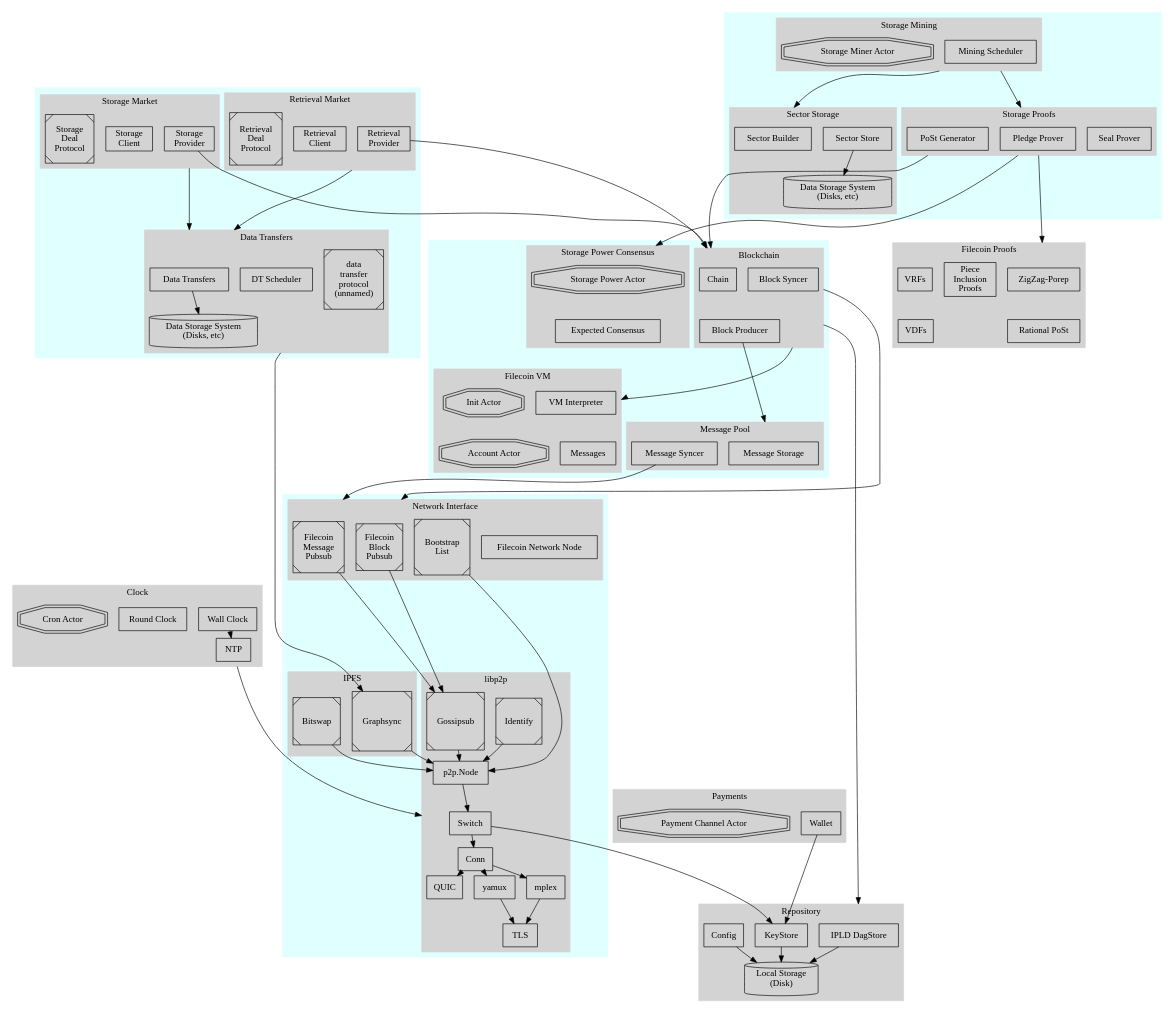
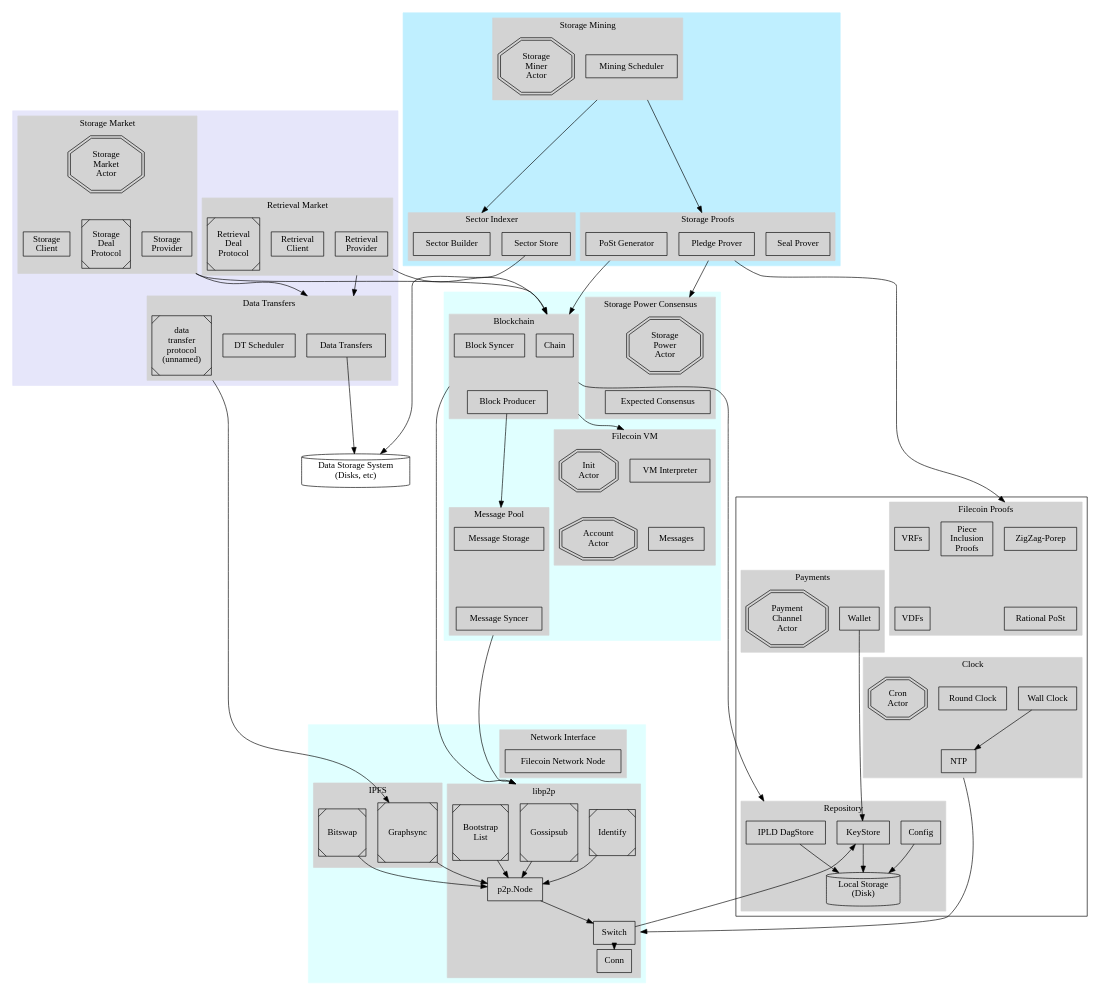
One commit to filecoin-project/specs changed the diagram in diagrams/overview1/overview.dot. Above: the diagram before and after it, drawn with Graphviz. The commit also changed 3 other files, not shown here.

Commit message:
updated diagrams

```diff
--- a/diagrams/overview1/overview.dot
+++ b/diagrams/overview1/overview.dot
@@ -1,6 +1,6 @@
 digraph Filecoin {
   compound=true;
-  ranksep=0.1;
+  ranksep=0.01;
 
 
   subgraph cluster_blockchain_subgroup {
@@ -35,8 +35,8 @@
 
       { // actors
         node [shape=doubleoctagon]
-        "Init Actor"
-        "Account Actor"
+        "Init Actor" [label="Init\nActor"]
+        "Account Actor" [label="Account\nActor"]
       }
 
       "Init Actor" -> "Account Actor" [style=invis]
@@ -53,6 +53,8 @@
         "Message Storage"
         "Message Syncer"
       }
+
+      "Message Storage" -> "Message Syncer" [style=invis]
     }
 
 
@@ -68,7 +70,7 @@
 
       { // actors
         node [shape=doubleoctagon]
-        "Storage Power Actor"
+        "Storage Power Actor" [label="Storage\nPower\nActor"]
       }
 
       "Storage Power Actor" -> "Expected Consensus" [style=invis]
@@ -76,24 +78,8 @@
   }
 
 
-  subgraph cluster_payments {
-    style=filled
-    color=lightgrey
-    label = "Payments"
-
-    { // components
-      node [shape=box]
-      "Wallet"
-    }
-
-    { // actors
-      node [shape=doubleoctagon]
-      "Payment Channel Actor"
-    }
-  }
-
   subgraph cluster_markets {
-    color=lightcyan1
+    color=lavender
     style=filled
 
     subgraph cluster_storagemarket {
@@ -112,6 +98,17 @@
         "Storage Deal Protocol" [label="Storage\nDeal\nProtocol"]
       }
 
+      { // actors
+        node [shape=doubleoctagon]
+        "Storage Market Actor" [label="Storage\nMarket\nActor"]
+      }
+
+      {
+        edge [style=invis]
+        "Storage Market Actor" -> "Storage Deal Protocol"
+        "Storage Market Actor" -> "Storage Client"
+        "Storage Market Actor" -> "Storage Provider"
+      }
     }
 
     subgraph cluster_retrievalmarket {
@@ -148,15 +145,12 @@
         "AuthSwap" [label="data\ntransfer\nprotocol\n(unnamed)"]
       }
 
-      "Disk2" [shape=cylinder, label="Data Storage System\n(Disks, etc)"]
-
-      "Data Transfers" -> "Disk2"
 
     }
   }
 
   subgraph cluster_storageminerprocess {
-    color=lightcyan1
+    color=lightblue1
     style=filled
 
     subgraph cluster_storagemining {
@@ -171,25 +165,24 @@
 
       { // actors
         node [shape=doubleoctagon]
-        "Storage Miner Actor"
+        "Storage Miner Actor" [label="Storage\nMiner\nActor"]
       }
     }
 
-    subgraph cluster_sectorstorage {
+    subgraph cluster_sectorindexer {
       style=filled
       color=lightgrey
-      label = "Sector Storage"
+      label = "Sector Indexer"
 
       { // components
         node [shape=box]
         "Sector Store"
         "Sector Builder"
       }
-      "Disks" [shape=cylinder, label="Data Storage System\n(Disks, etc)"]
+      // "Disks" [shape=cylinder, label="Data Storage System\n(Disks, etc)"]
 
       "Sector Store"
       "Sector Builder"
-      "Sector Store" -> "Disks"
     }
 
     subgraph cluster_filproofs_subsystem {
@@ -202,69 +195,95 @@
         "Seal Prover"
         "PoSt Generator"
         "Pledge Prover"
-      } 
-    }
-  }
-    
-  subgraph cluster_filproofs_lib {
-    style=filled
-    color=lightgrey
-    label = "Filecoin Proofs"
-
-    { // components
-      node [shape=box]
-      "ZigZag-Porep"
-      "Rational PoSt"
-      "Piece Inclusion Proofs" [label="Piece\nInclusion\nProofs"]
-      "VRFs"
-      "VDFs"
+      }
     }
 
-    "ZigZag-Porep" -> "Rational PoSt" [style=invis]
-    VRFs -> VDFs [style=invis]
   }
- 
 
-  subgraph cluster_clock {
-    style=filled
-    color=lightgrey
-    label = "Clock"
 
-    { // components
-      node [shape=box]
-      "Wall Clock"
-      "NTP"
-      "Round Clock"
+  subgraph cluster_systems {
+    // color=lavender
+    // style=filled
+
+
+    subgraph cluster_clock {
+      style=filled
+      color=lightgrey
+      label = "Clock"
+
+      { // components
+        node [shape=box]
+        "Wall Clock"
+        "NTP"
+        "Round Clock"
+      }
+
+      { // actors
+        node [shape=doubleoctagon]
+        "Cron Actor" [label="Cron\nActor"]
+      }
+
+      { // libp2p protocols
+        node [shape=Msquare]
+        "NTP"
+      }
+      "Wall Clock" -> "NTP"
     }
 
-    { // actors
-      node [shape=doubleoctagon]
-      "Cron Actor"
+    subgraph cluster_repository {
+      style=filled
+      color=lightgrey
+      label = "Repository"
+
+      { // components
+        node [shape=box]
+        "Config"
+        "KeyStore"
+        "IPLD DagStore"
+      }
+      "Local Storage" [shape=cylinder,label="Local Storage\n(Disk)"]
+
+      "IPLD DagStore" -> "Local Storage"
+      "Config" -> "Local Storage"
+      "KeyStore" -> "Local Storage"
     }
 
-    { // libp2p protocols
-      node [shape=Msquare]
-      "NTP"
+    subgraph cluster_filproofs_lib {
+      style=filled
+      color=lightgrey
+      label = "Filecoin Proofs"
+
+      { // components
+        node [shape=box]
+        "ZigZag-Porep"
+        "Rational PoSt"
+        "Piece Inclusion Proofs" [label="Piece\nInclusion\nProofs"]
+        "VRFs"
+        "VDFs"
+      }
+
+      "ZigZag-Porep" -> "Rational PoSt" [style=invis]
+      VRFs -> VDFs [style=invis]
     }
-    "Wall Clock" -> "NTP"
-  }
 
-  subgraph cluster_repository {
-    style=filled
-    color=lightgrey
-    label = "Repository"
+    subgraph cluster_payments {
+      style=filled
+      color=lightgrey
+      label = "Payments"
 
-    { // components
-      node [shape=box]
-      "Config"
-      "KeyStore"
-      "IPLD DagStore"
+      { // components
+        node [shape=box]
+        "Wallet"
+      }
+
+      { // actors
+        node [shape=doubleoctagon]
+        "Payment Channel Actor" [label="Payment\nChannel\nActor"]
+      }
     }
-    "Local Storage" [shape=cylinder,label="Local Storage\n(Disk)"]
 
-    "IPLD DagStore" -> "Local Storage"
-    "Config" -> "Local Storage"
-    "KeyStore" -> "Local Storage"
+    "NTP" -> "Config" [style=invis]
+    "VDFs" -> "Cron Actor" [style=invis]
   }
 
 
@@ -285,9 +304,6 @@
 
       { // libp2p protocols
         node [shape=Msquare]
-        "Block Pubsub" [label="Filecoin\nBlock\nPubsub"]
-        "Message Pubsub" [label="Filecoin\nMessage\nPubsub"]
-        "Bootstrap List" [label="Bootstrap\nList"]
       }
     }
 
@@ -313,31 +329,38 @@
         "p2p.Node"
         "Switch"
         "Conn"
-        "TLS"
-        "QUIC"
-        "yamux"
-        "mplex"
+        // "TLS"
+        // "QUIC"
+        // "yamux"
+        // "mplex"
       }
 
       { // libp2p protocols
         node [shape=Msquare]
         "Identify"
         "Gossipsub"
+        "Bootstrap List" [label="Bootstrap\nList"]
       }
 
       "Identify" -> "p2p.Node"
       "Gossipsub" -> "p2p.Node"
       "Graphsync" -> "p2p.Node"
       "Bitswap" -> "p2p.Node"
+      "Bootstrap List" -> "p2p.Node"
 
       "p2p.Node" -> "Switch"
       "Switch" -> "Conn"
-      "Conn" -> "QUIC"
-      "Conn" -> "yamux" -> "TLS"
-      "Conn" -> "mplex" -> "TLS"
+      // "Conn" -> "QUIC"
+      // "Conn" -> "yamux" -> "TLS"
+      // "Conn" -> "mplex" -> "TLS"
     }
   }
 
+  "Message Syncer" -> "Filecoin Network Node" [style=invis]
+  "Filecoin Network Node" -> "Gossipsub" [style=invis]
+
+
+  "Disk2" [shape=cylinder, label="Data Storage System\n(Disks, etc)"]
 
 
   // cross module links
@@ -347,26 +370,25 @@
     // "Message Pool" -> "Messages" [ltail=cluster_messagepool]
     // "Chain" -> "Expected Consensus" [ltail=cluster_blockchain, lhead=cluster_storagepowerconsensus]
     "Pledge Prover" -> "Storage Power Actor" [ltail=cluster_filproofs_subsystem, lhead=cluster_storagepowerconsensus]
-    "Block Pubsub" -> "Gossipsub"
-    "Message Pubsub" -> "Gossipsub"
-    "Storage Provider" -> "Chain" [ltail=cluster_blockchain, lhead=cluster_blockchain]
-    "Retrieval Provider" -> "Chain" [ltail=cluster_blockchain, lhead=cluster_blockchain]
+    "Storage Provider" -> "Chain" [ltail=cluster_storagemarket, lhead=cluster_blockchain]
+    "Retrieval Provider" -> "Chain" [ltail=cluster_retrievalmarket, lhead=cluster_blockchain]
     "Mining Scheduler" -> "Pledge Prover" [ltail=cluster_storagemining, lhead=cluster_filproofs_subsystem]
-    "Mining Scheduler" -> "Sector Builder" [ltail=cluster_storagemining, lhead=cluster_sectorstorage]
+    "Mining Scheduler" -> "Sector Builder" [ltail=cluster_storagemining, lhead=cluster_sectorindexer]
     "PoSt Generator" -> "Chain" [ltail=cluster_filproofs_subsystem, lhead=cluster_blockchain]
     "Chain" -> "IPLD DagStore" [ltail=cluster_blockchain, lhead=cluster_repository]
     "AuthSwap" -> "Graphsync" [ltail=cluster_datatransfers]
     "Storage Provider" -> "Data Transfers" [ltail=cluster_storagemarket, lhead=cluster_datatransfers]
     "Retrieval Provider" -> "Data Transfers" [ltail=cluster_retrievalmarket, lhead=cluster_datatransfers]
-    "Block Syncer" -> "Block Pubsub" [ltail=cluster_blockchain, lhead=cluster_network]
-    "Message Syncer" -> "Message Pubsub" [ltail=cluster_blockchain, lhead=cluster_network]
+    "Block Syncer" -> "Gossipsub" [ltail=cluster_blockchain, lhead=cluster_libp2p]
+    "Message Syncer" -> "Gossipsub" [ltail=cluster_messagepool, lhead=cluster_libp2p]
     // "Message Storage" -> "IPLD DagStore" [ltail=cluster_blockchain, lhead=cluster_repository]
     "Switch" -> "KeyStore"
     "NTP" -> "Switch" [ltail=cluster_clock, lhead=cluster_libp2p]
-    "Bootstrap List" -> "p2p.Node"
     "Block Producer" -> "Message Storage" [lhead=cluster_messagepool]
     "Pledge Prover" -> "ZigZag-Porep" [ltail=cluster_filproofs_subsystem, lhead=cluster_filproofs_lib]
     "Wallet" -> "KeyStore"
+    "Data Transfers" -> "Disk2"
+    "Sector Store" -> "Disk2"
     // "Block Producer" -> "PoSt Generator" [style=dashed]
   }
 }
```
